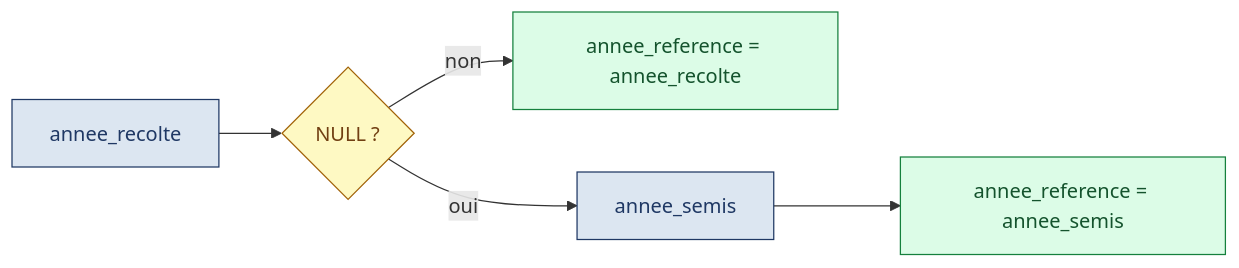
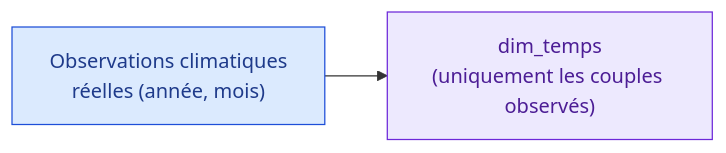
Before and after one commit to abdoudjigo/assaman-suuf: the seventh of 11 diagrams in dbt_project/README_dbt_staging.md, drawn with Mermaid. The commit also changed other lines of this file, not shown here.

````diff
--- a/dbt_project/README_dbt_staging.md
+++ b/dbt_project/README_dbt_staging.md
@@ -247,13 +276,9 @@
 ```mermaid
 flowchart LR
-    AR["annee_recolte"] --> C{"NULL ?"}
-    C -- non --> O1["annee_reference = annee_recolte"]
-    C -- oui --> AS["annee_semis"] --> O2["annee_reference = annee_semis"]
+    OBS["Observations climatiques<br/>réelles (année, mois)"] --> DT["dim_temps<br/>(uniquement les couples observés)"]
 
-    classDef champ fill:#DCE6F1,stroke:#1F3864,color:#1F3864
-    classDef decision fill:#FEF9C3,stroke:#A16207,color:#713F12
-    classDef sortie fill:#DCFCE7,stroke:#15803D,color:#14532D
-    class AR,AS champ
-    class C decision
-    class O1,O2 sortie
+    classDef obs fill:#DBEAFE,stroke:#1D4ED8,color:#1E3A8A
+    classDef dim fill:#EDE9FE,stroke:#6D28D9,color:#4C1D95
+    class OBS obs
+    class DT dim
 ```
````
